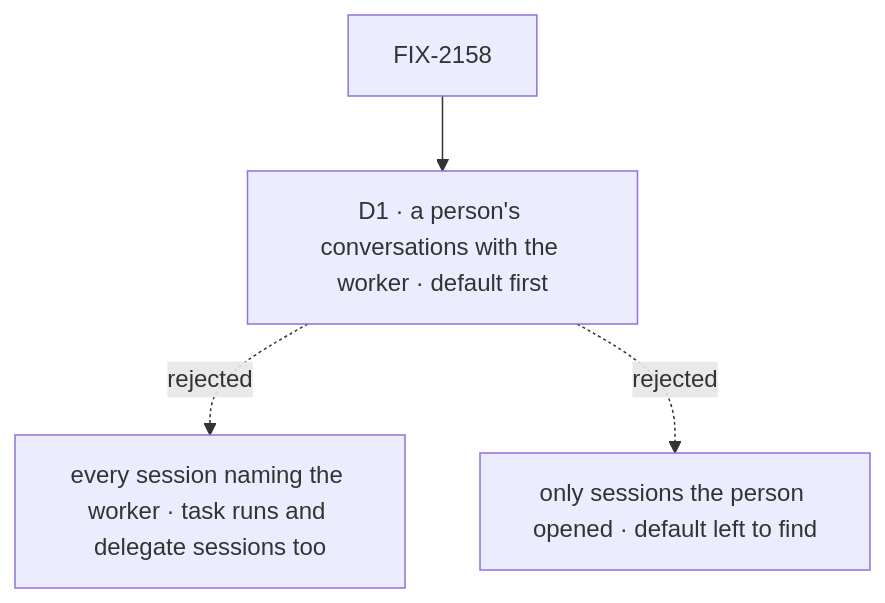
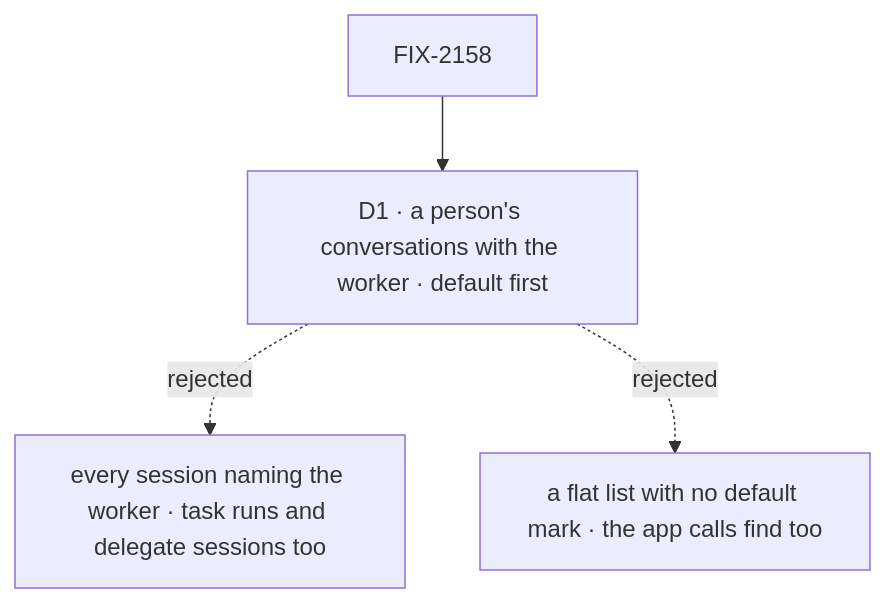
One commit to fixpoint-labs/flow-state-dev changed the diagram in specs/issues/FIX-2158/DECISIONS.md. Above: the diagram before and after it, drawn with Mermaid. The commit also changed other lines of this file, not shown here.

First line of the commit message:
spec(FIX-2158): align D1's rejected option with its card; record review notes

````diff
--- a/specs/issues/FIX-2158/DECISIONS.md
+++ b/specs/issues/FIX-2158/DECISIONS.md
@@ -11,6 +11,6 @@
 ```mermaid
 flowchart TD
   I["FIX-2158"] --> D1["D1 · a person's conversations with the worker · default first"]
   D1 -.->|"rejected"| X1["every session naming the worker · task runs and delegate sessions too"]
-  D1 -.->|"rejected"| X2["only sessions the person opened · default left to find"]
+  D1 -.->|"rejected"| X2["a flat list with no default mark · the app calls find too"]
 ```
````
